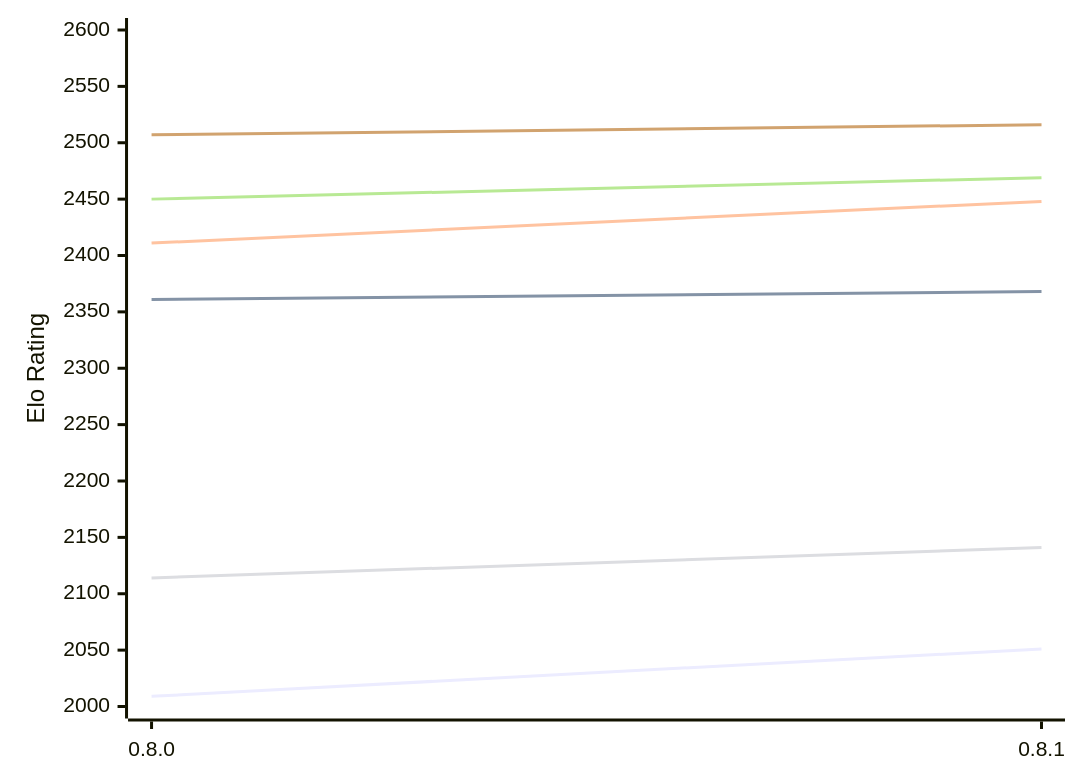
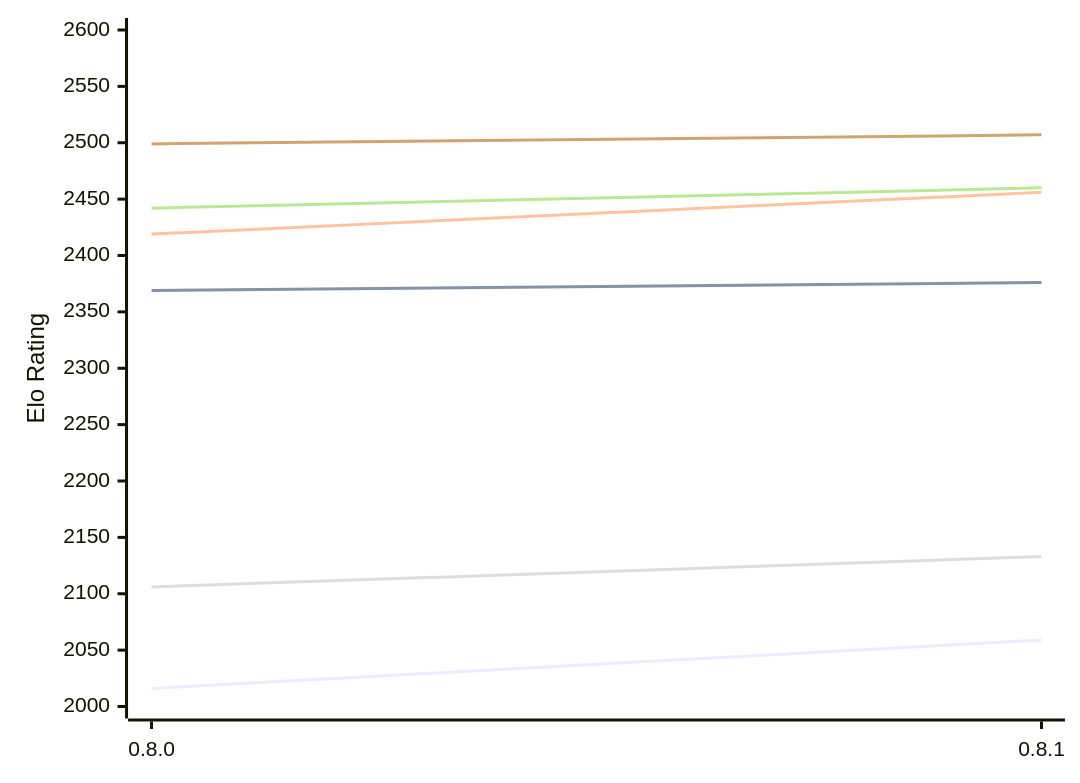
The diagram in engines/LittleWing.md (computer-chess-index/cci), drawn with Mermaid before and after one commit. The commit also changed other lines of this file, not shown here.

Commit message:
Update CCI Ratings (ELO VLTC) - 2026-11-06

````diff
--- a/engines/LittleWing.md
+++ b/engines/LittleWing.md
@@ -49,12 +49,12 @@
 ```mermaid
 %%{init: {"theme":"base","themeVariables":{"seriesColors:['#a3a3a3','#222221','#faa371']}}}%%
 xychart-beta
   x-axis ["0.8.0", "0.8.1"]
   y-axis "Elo Rating" 2000 --> 2600
-  line "E1: STC (8.0+0.08s)" [2009, 2051]
-  line "E1: LTC (60.0+0.60s)" [2361, 2368]
-  line "E1: VLTC (2m24s+1.12s)" [2411, 2448]
-  line "P1: STC (8.0+0.08s)" [2114, 2141]
-  line "P1: LTC (60.0+0.60s)" [2450, 2469]
-  line "P1: VLTC (2m24s+1.12s)" [2507, 2516]
+  line "E1: STC (8.0+0.08s)" [2016, 2059]
+  line "E1: LTC (60.0+0.60s)" [2369, 2376]
+  line "E1: VLTC (2m24s+1.12s)" [2419, 2456]
+  line "P1: STC (8.0+0.08s)" [2106, 2133]
+  line "P1: LTC (60.0+0.60s)" [2442, 2460]
+  line "P1: VLTC (2m24s+1.12s)" [2499, 2507]
 ```
````
